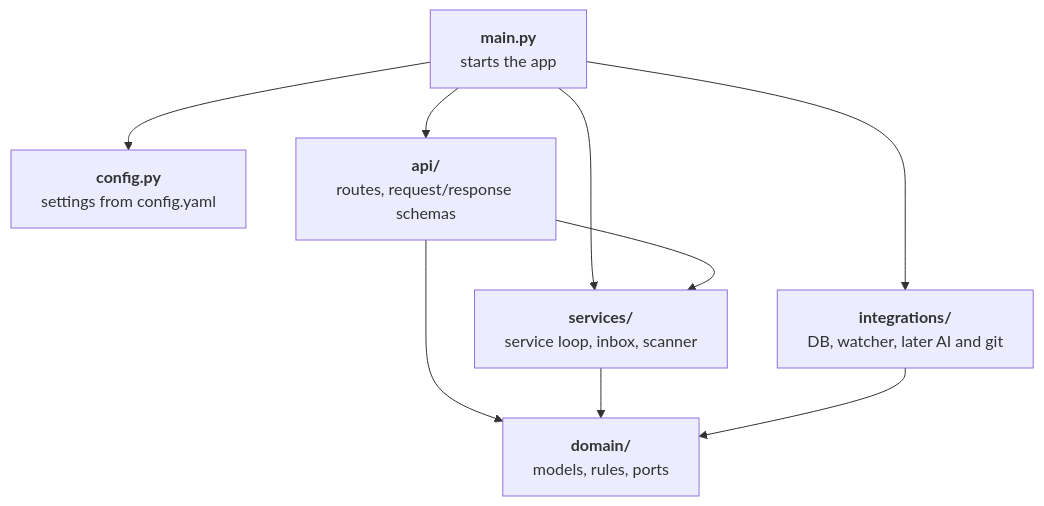
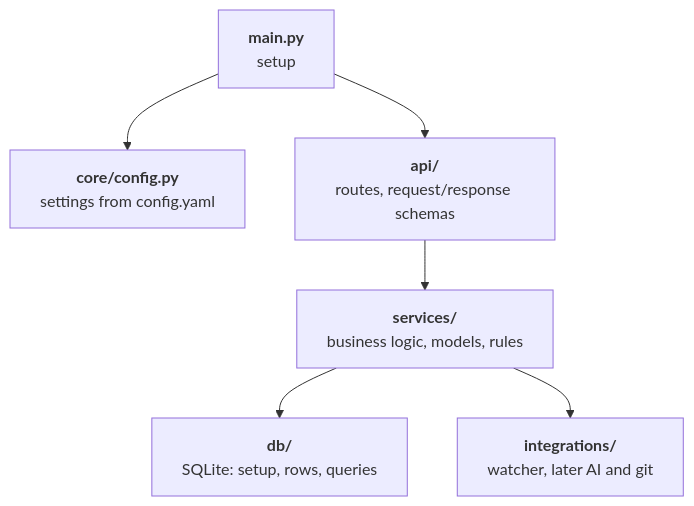
One commit to ym-liu/code-steward-agent changed the diagram in docs/architecture/layers.md. Above: the diagram before and after it, drawn with Mermaid. The commit also changed other lines of this file and 22 other files, not shown here.

Commit message:
chore: setup app skeleton

````diff
--- a/docs/architecture/layers.md
+++ b/docs/architecture/layers.md
@@ -5,18 +5,15 @@
 ```mermaid
 flowchart TB
-    main["<b>main.py</b><br/>starts the app"]
-    config["<b>config.py</b><br/>settings from config.yaml"]
+    main["<b>main.py</b><br/>setup"]
+    config["<b>core/config.py</b><br/>settings from config.yaml"]
     api["<b>api/</b><br/>routes, request/response schemas"]
-    services["<b>services/</b><br/>service loop, inbox, scanner"]
-    domain["<b>domain/</b><br/>models, rules, ports"]
-    integrations["<b>integrations/</b><br/>DB, watcher, later AI and git"]
+    services["<b>services/</b><br/>business logic, models, rules"]
+    db["<b>db/</b><br/>SQLite: setup, rows, queries"]
+    integrations["<b>integrations/</b><br/>watcher, later AI and git"]
 
     main --> config
     main --> api
-    main --> services
-    main --> integrations
     api --> services
-    api --> domain
-    services --> domain
-    integrations --> domain
+    services --> db
+    services --> integrations
 ```
````
